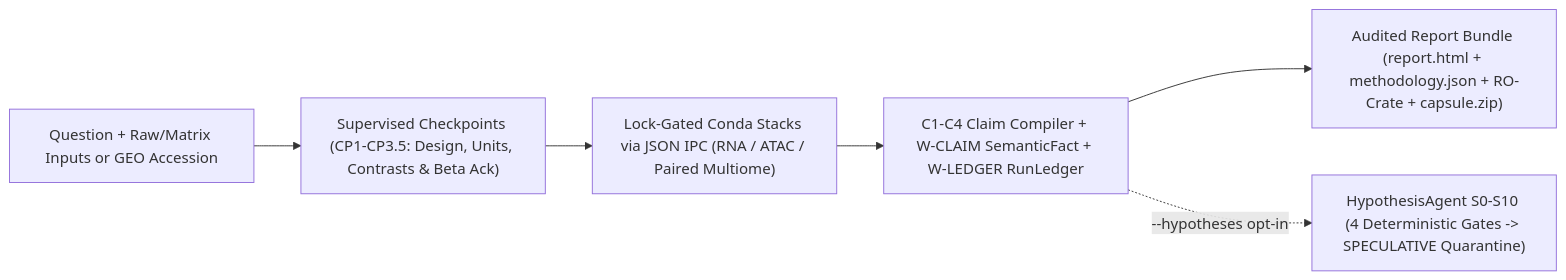
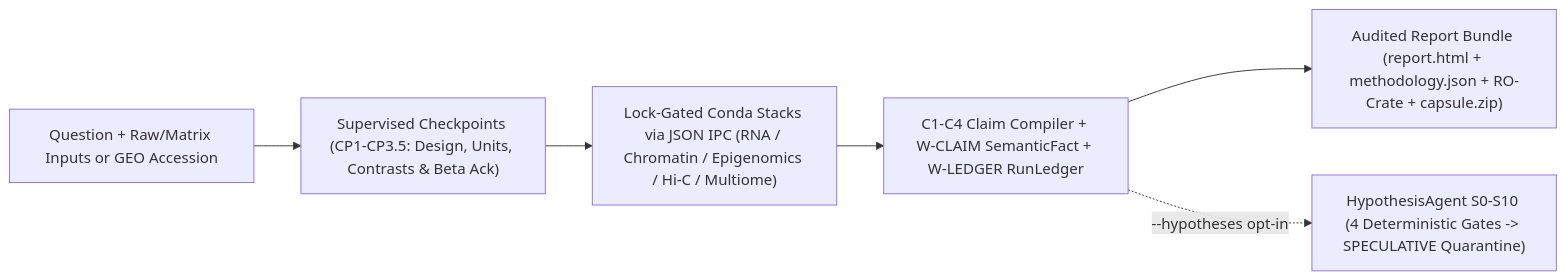
Before and after one commit to Olascoaga/aria-omics: the diagram in README.md, drawn with Mermaid. The commit also changed other lines of this file and 66 other files, not shown here.

````diff
--- a/README.md
+++ b/README.md
@@ -19,8 +19,8 @@
 ```mermaid
 flowchart LR
     IN["Question + Raw/Matrix Inputs or GEO Accession"] --> CP["Supervised Checkpoints (CP1-CP3.5: Design, Units, Contrasts & Beta Ack)"]
-    CP --> IPC["Lock-Gated Conda Stacks via JSON IPC (RNA / ATAC / Paired Multiome)"]
+    CP --> IPC["Lock-Gated Conda Stacks via JSON IPC (RNA / Chromatin / Epigenomics / Hi-C / Multiome)"]
     IPC --> GOV["C1-C4 Claim Compiler + W-CLAIM SemanticFact + W-LEDGER RunLedger"]
     GOV --> OUT["Audited Report Bundle (report.html + methodology.json + RO-Crate + capsule.zip)"]
     GOV -. "--hypotheses opt-in" .-> HYPO["HypothesisAgent S0-S10 (4 Deterministic Gates -> SPECULATIVE Quarantine)"]
 ```
````
